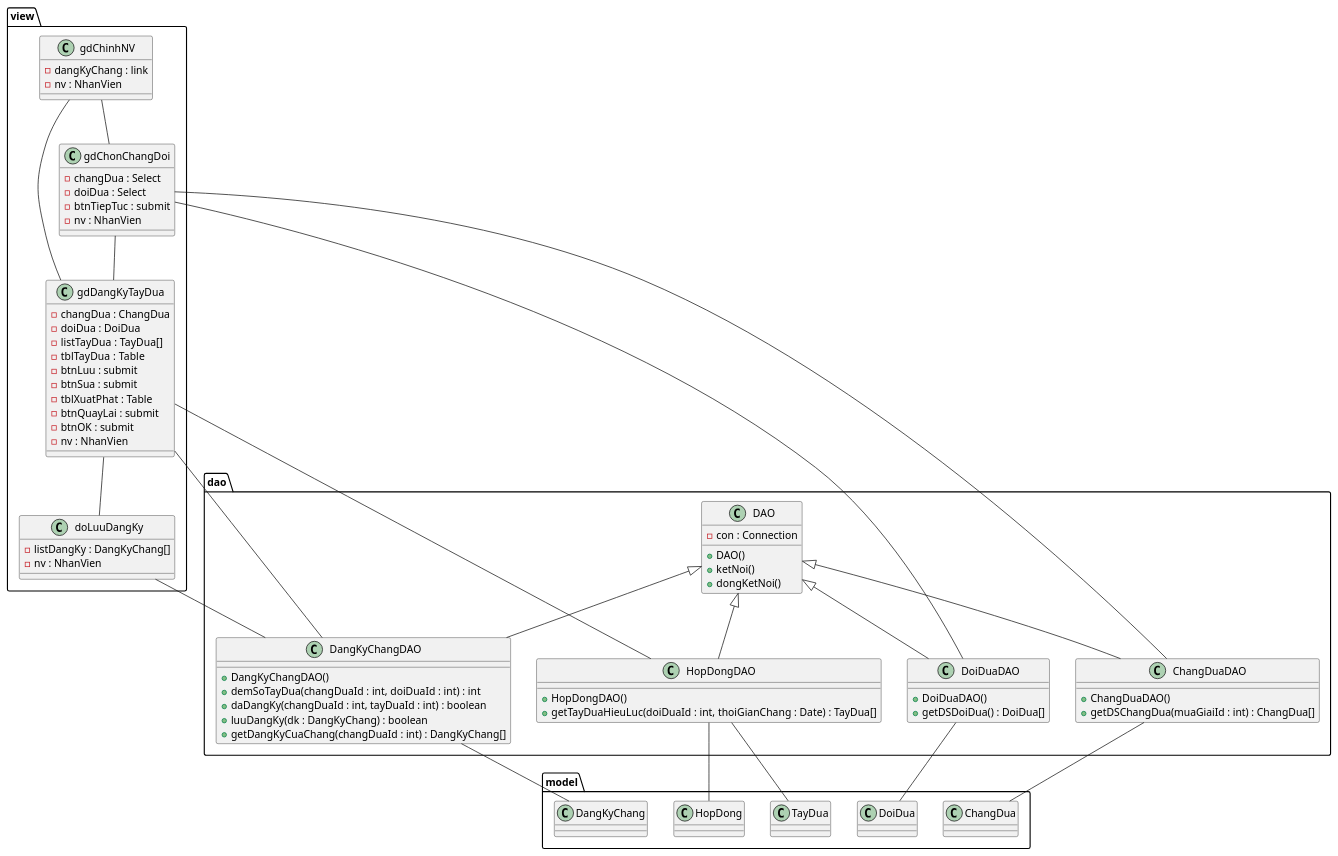
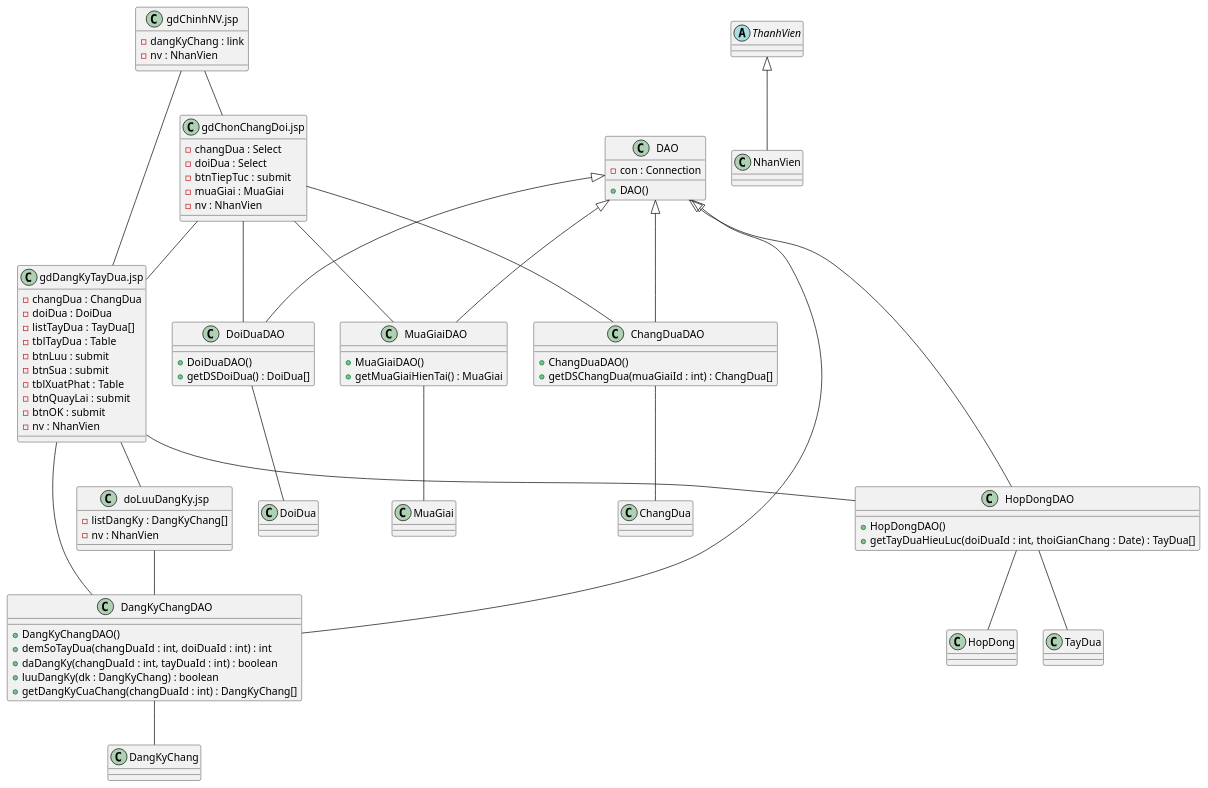
Before and after one commit to 7gho/CNPM-He2026: the fourth of 6 diagrams in Module 2 - Kin/noi-dung.md, drawn with PlantUML. The commit also changed other lines of this file and 41 other files, not shown here.

First line of the commit message:
Ra soat cheo toan he thong theo giao trinh; bo khung package, phac thao giao dien dang bang

````diff
--- a/Module 2 - Kin/noi-dung.md
+++ b/Module 2 - Kin/noi-dung.md
@@ -368,70 +362,72 @@
 ```plantuml
 @startuml
-package view {
-  class gdChinhNV {
-    -dangKyChang : link
-    -nv : NhanVien
-  }
-  class gdChonChangDoi {
-    -changDua : Select
-    -doiDua : Select
-    -btnTiepTuc : submit
-    -nv : NhanVien
-  }
-  class gdDangKyTayDua {
-    -changDua : ChangDua
-    -doiDua : DoiDua
-    -listTayDua : TayDua[]
-    -tblTayDua : Table
-    -btnLuu : submit
-    -btnSua : submit
-    -tblXuatPhat : Table
-    -btnQuayLai : submit
-    -btnOK : submit
-    -nv : NhanVien
-  }
-  class doLuuDangKy {
-    -listDangKy : DangKyChang[]
-    -nv : NhanVien
-  }
+class "gdChinhNV.jsp" as gdChinhNV {
+  -dangKyChang : link
+  -nv : NhanVien
+}
+class "gdChonChangDoi.jsp" as gdChonChangDoi {
+  -changDua : Select
+  -doiDua : Select
+  -btnTiepTuc : submit
+  -muaGiai : MuaGiai
+  -nv : NhanVien
+}
+class "gdDangKyTayDua.jsp" as gdDangKyTayDua {
+  -changDua : ChangDua
+  -doiDua : DoiDua
+  -listTayDua : TayDua[]
+  -tblTayDua : Table
+  -btnLuu : submit
+  -btnSua : submit
+  -tblXuatPhat : Table
+  -btnQuayLai : submit
+  -btnOK : submit
+  -nv : NhanVien
+}
+class "doLuuDangKy.jsp" as doLuuDangKy {
+  -listDangKy : DangKyChang[]
+  -nv : NhanVien
 }
 
-package dao {
-  class DAO {
-    -con : Connection
-    +DAO()
-    +ketNoi()
-    +dongKetNoi()
-  }
-  class ChangDuaDAO {
-    +ChangDuaDAO()
-    +getDSChangDua(muaGiaiId : int) : ChangDua[]
-  }
-  class DoiDuaDAO {
-    +DoiDuaDAO()
-    +getDSDoiDua() : DoiDua[]
-  }
-  class HopDongDAO {
-    +HopDongDAO()
-    +getTayDuaHieuLuc(doiDuaId : int, thoiGianChang : Date) : TayDua[]
-  }
-  class DangKyChangDAO {
-    +DangKyChangDAO()
-    +demSoTayDua(changDuaId : int, doiDuaId : int) : int
-    +daDangKy(changDuaId : int, tayDuaId : int) : boolean
-    +luuDangKy(dk : DangKyChang) : boolean
-    +getDangKyCuaChang(changDuaId : int) : DangKyChang[]
-  }
+class DAO {
+  -con : Connection
+  +DAO()
+}
+class MuaGiaiDAO {
+  +MuaGiaiDAO()
+  +getMuaGiaiHienTai() : MuaGiai
+}
+class ChangDuaDAO {
+  +ChangDuaDAO()
+  +getDSChangDua(muaGiaiId : int) : ChangDua[]
+}
+class DoiDuaDAO {
+  +DoiDuaDAO()
+  +getDSDoiDua() : DoiDua[]
+}
+class HopDongDAO {
+  +HopDongDAO()
+  +getTayDuaHieuLuc(doiDuaId : int, thoiGianChang : Date) : TayDua[]
+}
+class DangKyChangDAO {
+  +DangKyChangDAO()
+  +demSoTayDua(changDuaId : int, doiDuaId : int) : int
+  +daDangKy(changDuaId : int, tayDuaId : int) : boolean
+  +luuDangKy(dk : DangKyChang) : boolean
+  +getDangKyCuaChang(changDuaId : int) : DangKyChang[]
 }
 
-package model {
-  class ChangDua
-  class DoiDua
-  class TayDua
-  class HopDong
-  class DangKyChang
-}
+class MuaGiai
+class ChangDua
+class DoiDua
+class TayDua
+class HopDong
+class DangKyChang
+abstract class ThanhVien
+class NhanVien
+ThanhVien <|-- NhanVien
 
+DAO <|-- MuaGiaiDAO
 DAO <|-- ChangDuaDAO
 DAO <|-- DoiDuaDAO
 DAO <|-- HopDongDAO
@@ -442,12 +438,14 @@
 gdDangKyTayDua -- doLuuDangKy
 gdDangKyTayDua -- gdChinhNV
 
+gdChonChangDoi -- MuaGiaiDAO
 gdChonChangDoi -- ChangDuaDAO
 gdChonChangDoi -- DoiDuaDAO
 gdDangKyTayDua -- HopDongDAO
 gdDangKyTayDua -- DangKyChangDAO
 doLuuDangKy -- DangKyChangDAO
 
+MuaGiaiDAO -- MuaGiai
 ChangDuaDAO -- ChangDua
 DoiDuaDAO -- DoiDua
 HopDongDAO -- HopDong
````
